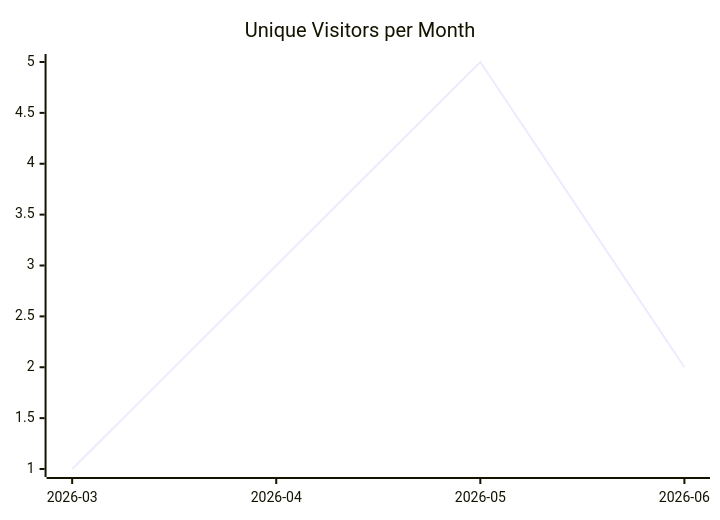
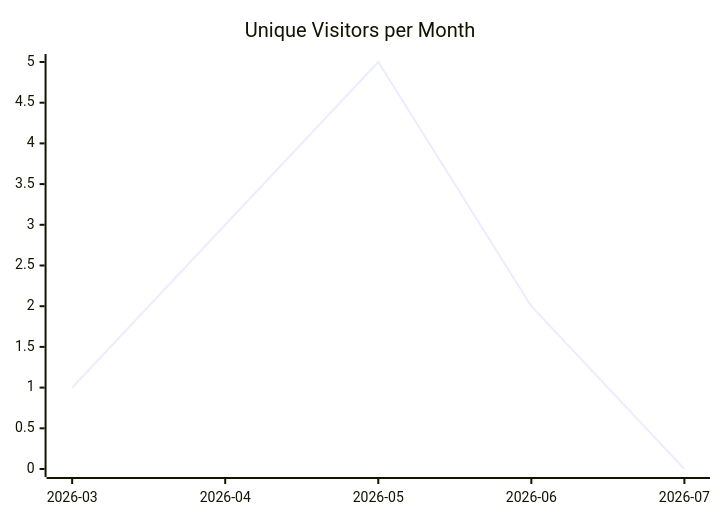
Before and after one commit to justdavis-family/github-analytics-data: the first of 3 diagrams in justdavis-family/justdavis/README.md, drawn with Mermaid. The commit also changed other lines of this file and 199 other files, not shown here.

````diff
--- a/justdavis-family/justdavis/README.md
+++ b/justdavis-family/justdavis/README.md
@@ -5,6 +5,6 @@
 ```mermaid
 xychart-beta
   title "Unique Visitors per Month"
-  x-axis ["2026-03", "2026-04", "2026-05", "2026-06"]
-  line [1, 3, 5, 2]
+  x-axis ["2026-03", "2026-04", "2026-05", "2026-06", "2026-07"]
+  line [1, 3, 5, 2, 0]
 ```
````
